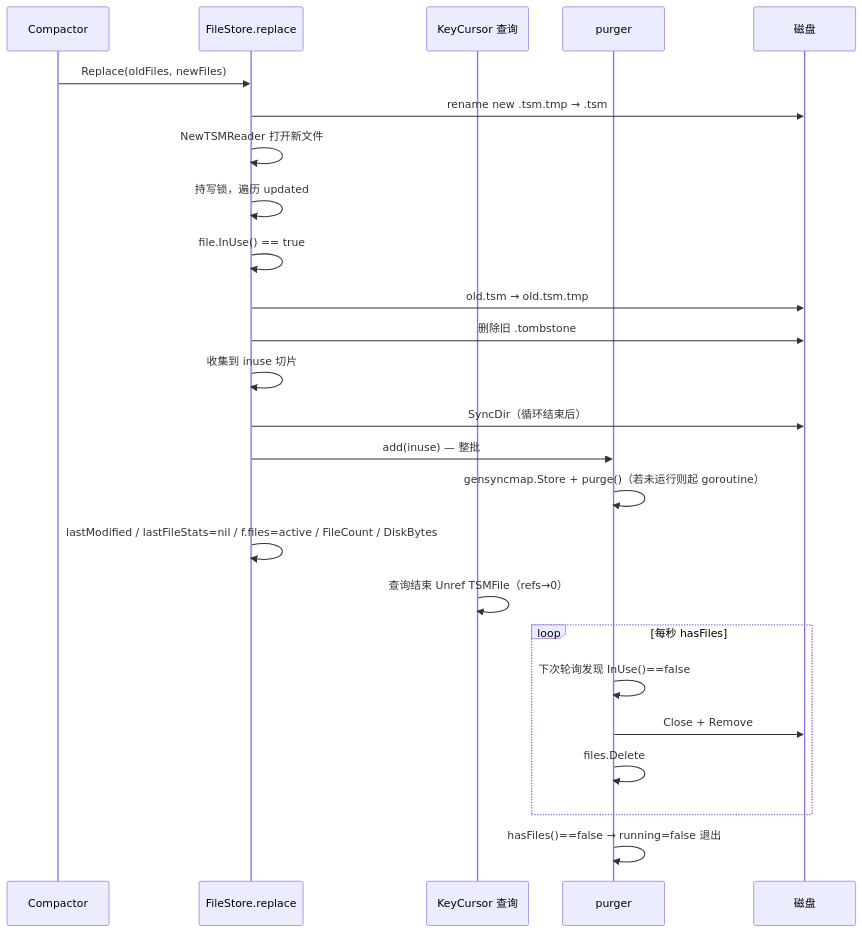
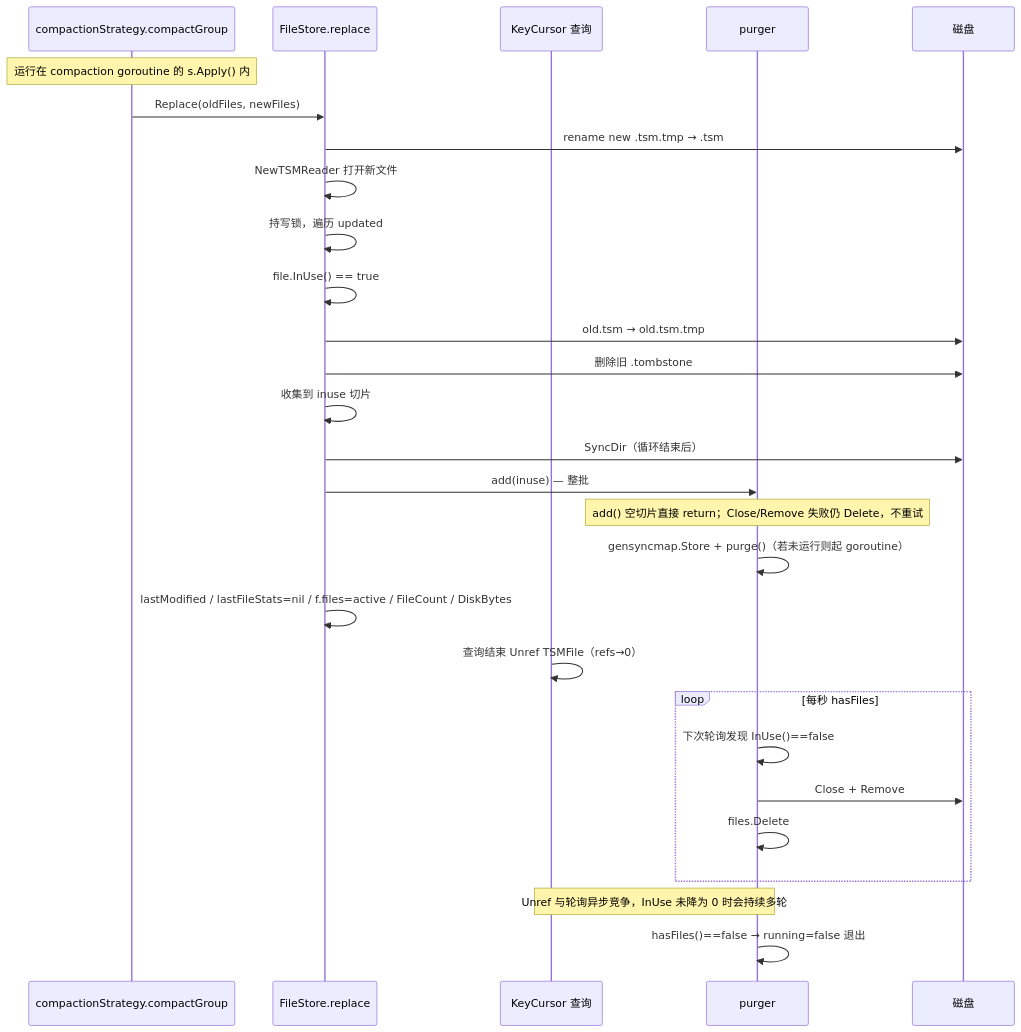
Before and after one commit to stefanv5/influxdb: the sixth of 6 diagrams in docs/specs/v1.8.10-vs-v1.12.3/04_storage_compaction_diff.md, drawn with Mermaid. The commit also changed other lines of this file and 11 other files, not shown here.

First line of the commit message:
docs: complete D1-D6 diagram/module/case audit

````diff
--- a/docs/specs/v1.8.10-vs-v1.12.3/04_storage_compaction_diff.md
+++ b/docs/specs/v1.8.10-vs-v1.12.3/04_storage_compaction_diff.md
@@ -1478,28 +2043,31 @@
 ```mermaid
 sequenceDiagram
-    participant C as Compactor
+    participant C as compactionStrategy.compactGroup
     participant FS as FileStore.replace
     participant Q as KeyCursor 查询
     participant P as purger
     participant D as 磁盘
 
+    Note over C: 运行在 compaction goroutine 的 s.Apply() 内
     C->>FS: Replace(oldFiles, newFiles)
     FS->>D: rename new .tsm.tmp → .tsm
     FS->>FS: NewTSMReader 打开新文件
     FS->>FS: 持写锁，遍历 updated
     FS->>FS: file.InUse() == true
     FS->>D: old.tsm → old.tsm.tmp
     FS->>D: 删除旧 .tombstone
     FS->>FS: 收集到 inuse 切片
     FS->>D: SyncDir（循环结束后）
     FS->>P: add(inuse) — 整批
+    Note over P: add() 空切片直接 return；Close/Remove 失败仍 Delete，不重试
     P->>P: gensyncmap.Store + purge()（若未运行则起 goroutine）
     FS->>FS: lastModified / lastFileStats=nil / f.files=active / FileCount / DiskBytes
     Q->>Q: 查询结束 Unref TSMFile（refs→0）
     loop 每秒 hasFiles
         P->>P: 下次轮询发现 InUse()==false
         P->>D: Close + Remove
         P->>P: files.Delete
     end
+    Note over Q,P: Unref 与轮询异步竞争，InUse 未降为 0 时会持续多轮
     P->>P: hasFiles()==false → running=false 退出
 ```
````
